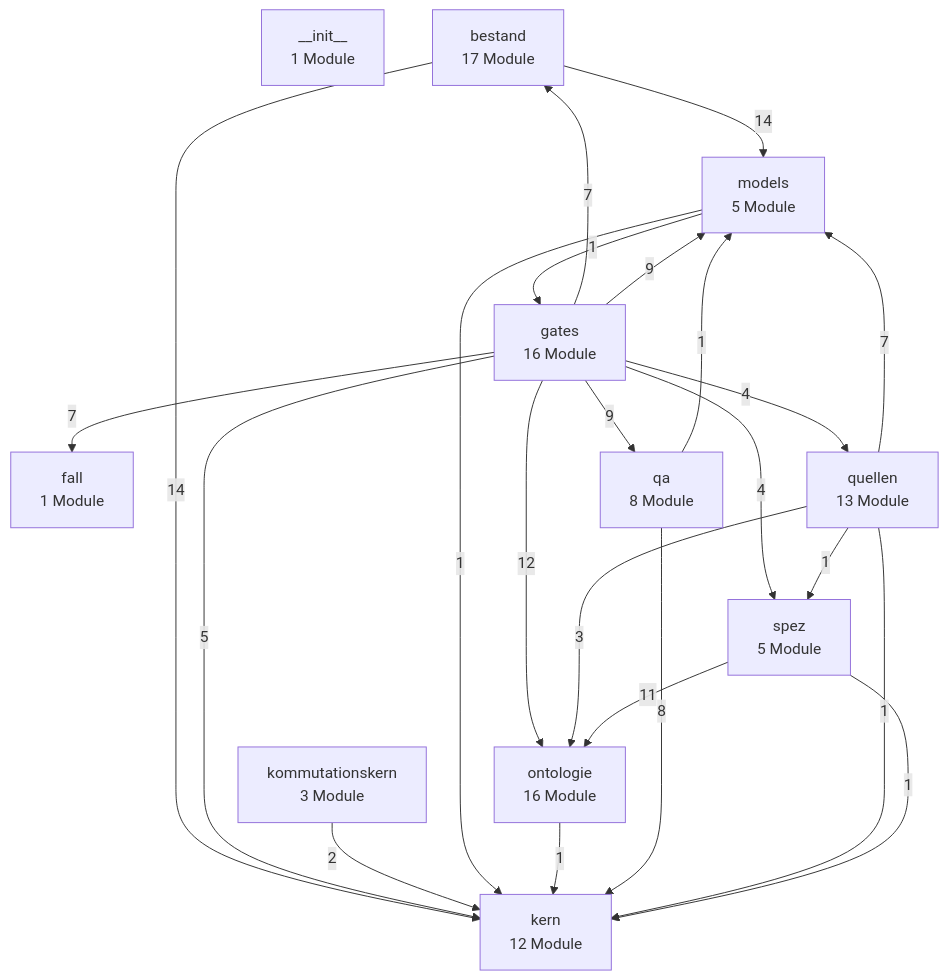
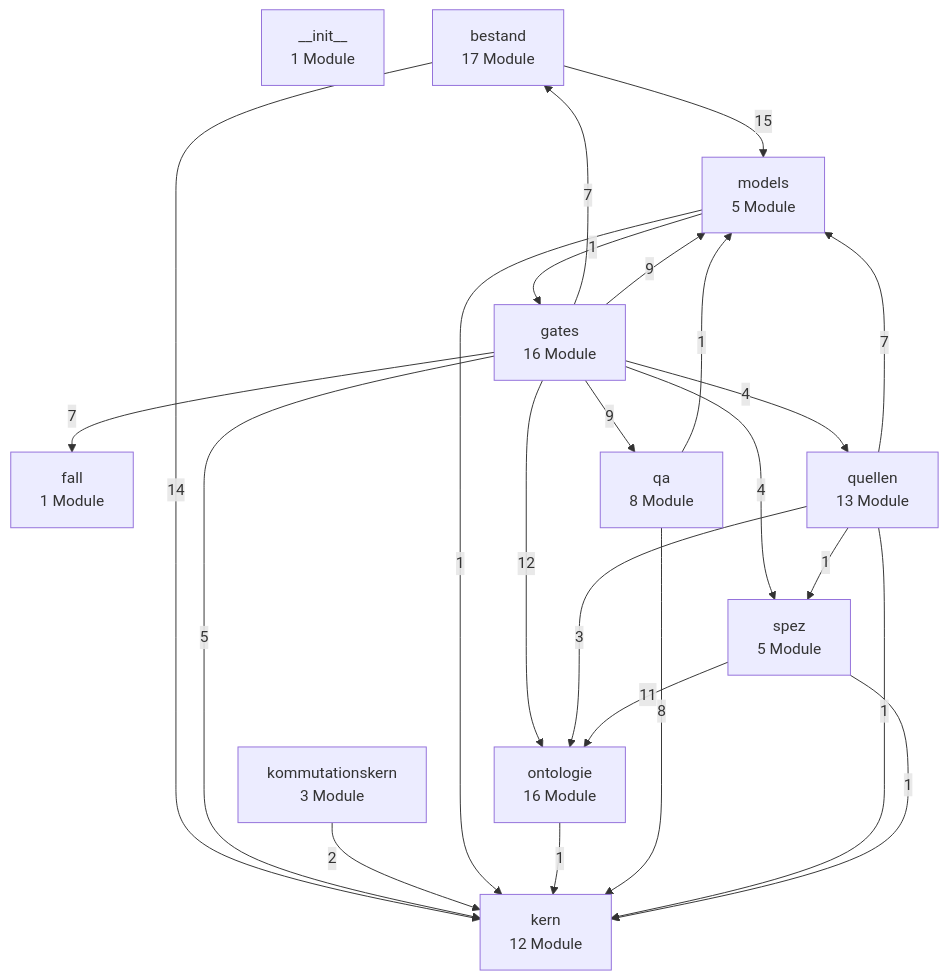
Before and after one commit to bartlmac/rechner-pipeline: the first of 3 diagrams in docs/architektur/landkarte.md, drawn with Mermaid. The commit also changed 5 other files, not shown here.

````diff
--- a/docs/architektur/landkarte.md
+++ b/docs/architektur/landkarte.md
@@ -27,37 +27,37 @@
 ```mermaid
 %% Schichten — erzeugt von ontologie.landkarte
 flowchart TD
     n__init__["__init__<br/>1 Module"]
     bestand["bestand<br/>17 Module"]
     fall["fall<br/>1 Module"]
     gates["gates<br/>16 Module"]
     kern["kern<br/>12 Module"]
     kommutationskern["kommutationskern<br/>3 Module"]
     models["models<br/>5 Module"]
     ontologie["ontologie<br/>16 Module"]
     qa["qa<br/>8 Module"]
     quellen["quellen<br/>13 Module"]
     spez["spez<br/>5 Module"]
     bestand -- 14 --> kern
-    bestand -- 14 --> models
+    bestand -- 15 --> models
     gates -- 7 --> bestand
     gates -- 7 --> fall
     gates -- 5 --> kern
     gates -- 9 --> models
     gates -- 12 --> ontologie
     gates -- 9 --> qa
     gates -- 4 --> quellen
     gates -- 4 --> spez
     kommutationskern -- 2 --> kern
     models -- 1 --> gates
     models -- 1 --> kern
     ontologie -- 1 --> kern
     qa -- 8 --> kern
     qa -- 1 --> models
     quellen -- 1 --> kern
     quellen -- 7 --> models
     quellen -- 3 --> ontologie
     quellen -- 1 --> spez
     spez -- 1 --> kern
     spez -- 11 --> ontologie
 ```
````
